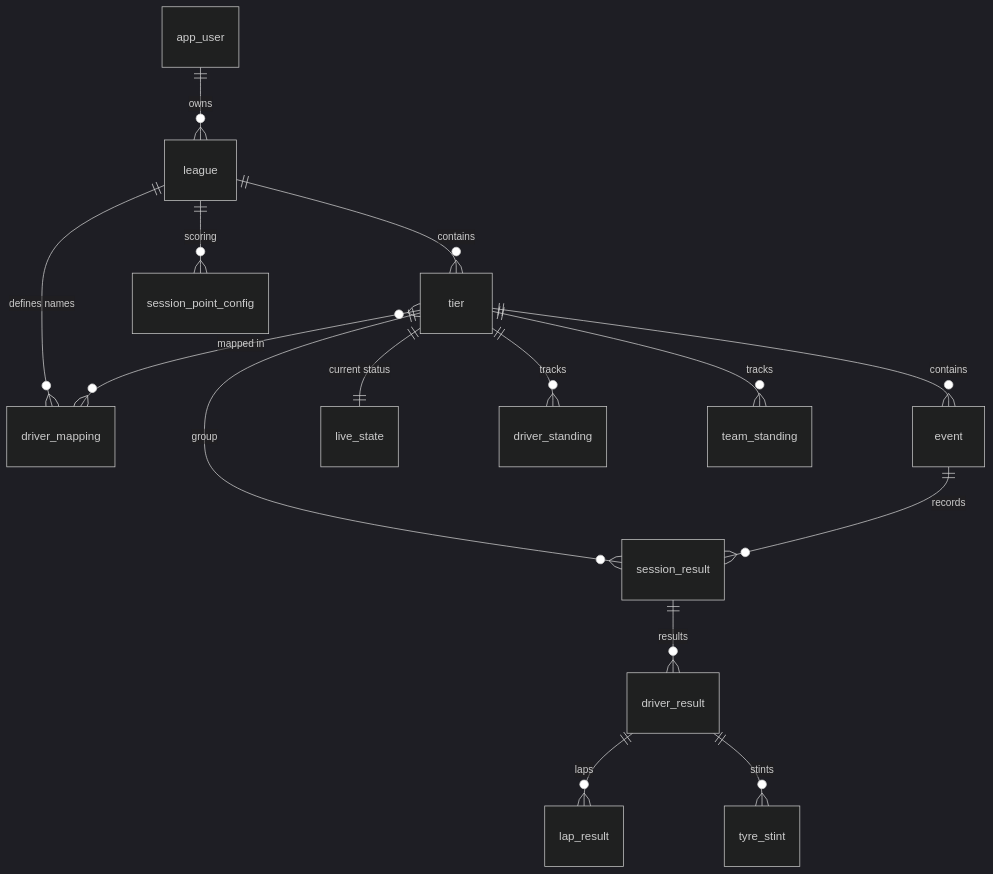
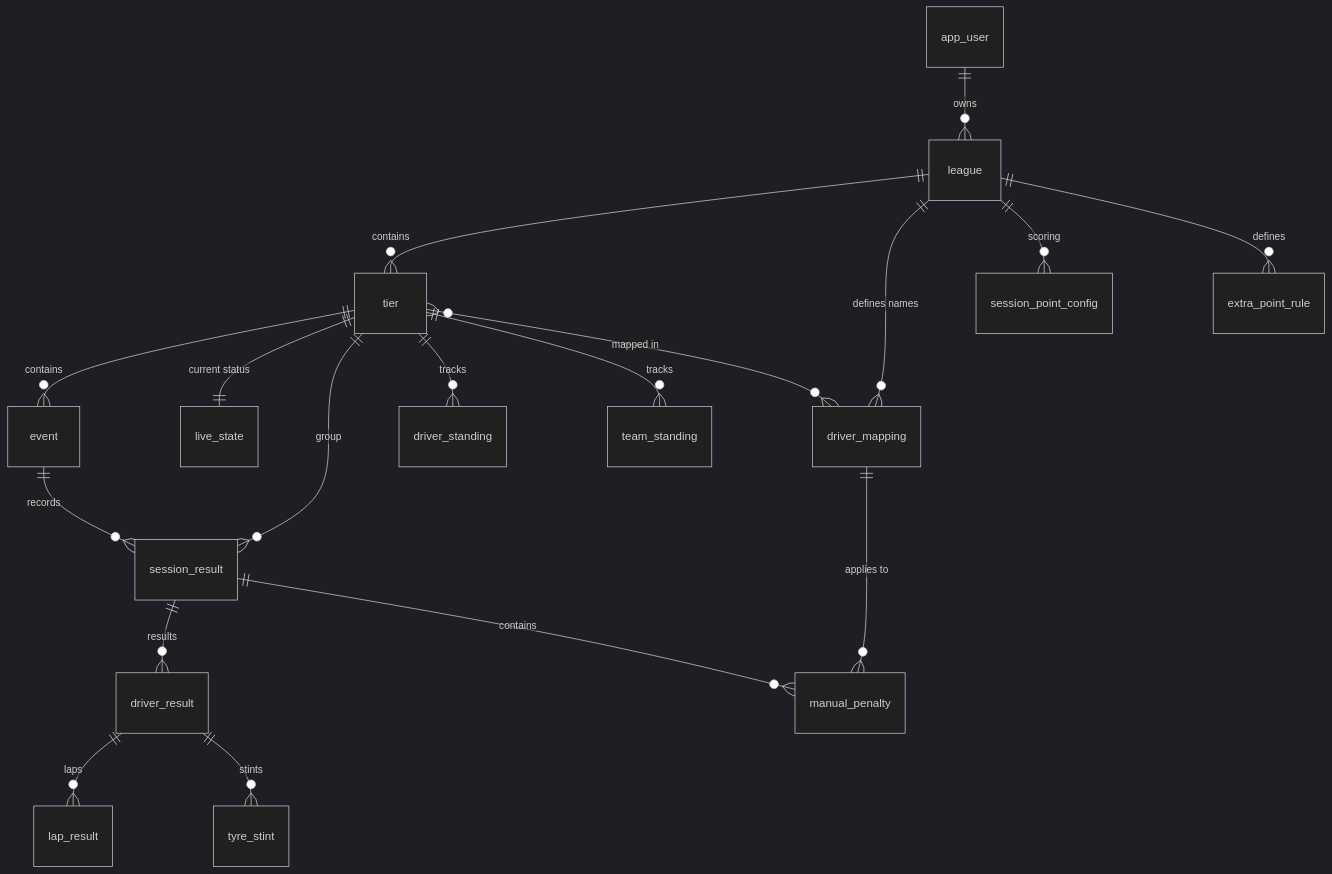
One commit to JanVerstuyft/racing-league changed the diagram in README.md. Above: the diagram before and after it, drawn with Mermaid (dark theme). The commit also changed 19 other files, not shown here.

````diff
--- a/README.md
+++ b/README.md
@@ -65,19 +65,22 @@
 ```mermaid
 erDiagram
     app_user ||--o{ league : "owns"
     league ||--o{ tier : "contains"
     league ||--o{ driver_mapping : "defines names"
     league ||--o{ session_point_config : "scoring"
+    league ||--o{ extra_point_rule : "defines"
     
     tier ||--o{ event : "contains"
     tier ||--|| live_state : "current status"
     tier ||--o{ session_result : "group"
     tier ||--o{ driver_standing : "tracks"
     tier ||--o{ team_standing : "tracks"
     tier }o--o{ driver_mapping : "mapped in"
     
     event ||--o{ session_result : "records"
     session_result ||--o{ driver_result : "results"
+    session_result ||--o{ manual_penalty : "contains"
+    driver_mapping ||--o{ manual_penalty : "applies to"
     driver_result ||--o{ lap_result : "laps"
     driver_result ||--o{ tyre_stint : "stints"
 ```
````
